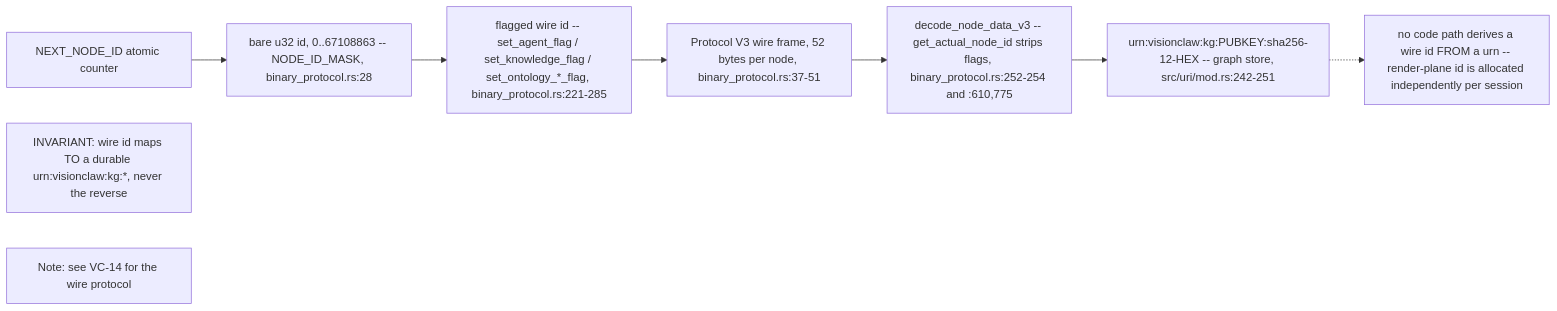
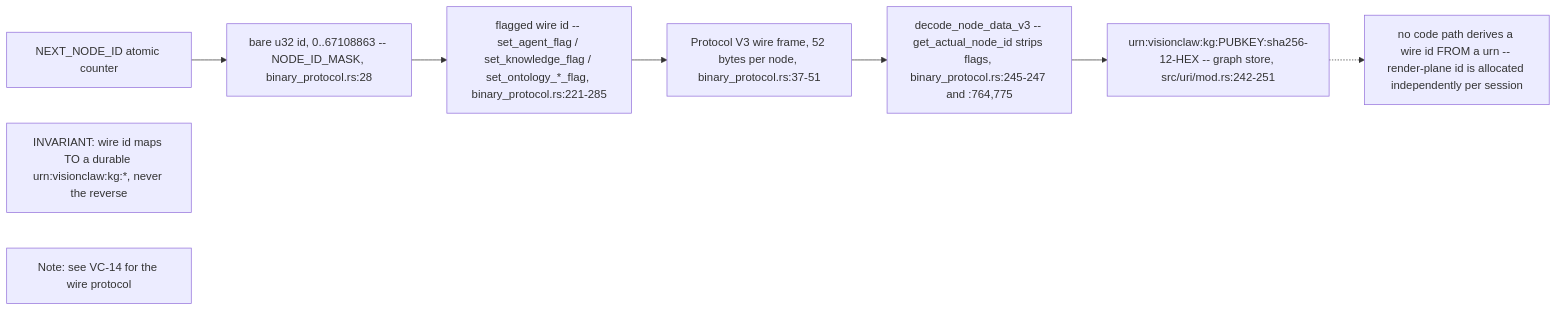
Before and after one commit to DreamLab-AI/VisionFlow: the eighth of 10 diagrams in docs/diagrams/visionclaw/23-identifiers-urn-did-sha12.md, drawn with Mermaid. The commit also changed other lines of this file and 160 other files, not shown here.

````diff
--- a/docs/diagrams/visionclaw/23-identifiers-urn-did-sha12.md
+++ b/docs/diagrams/visionclaw/23-identifiers-urn-did-sha12.md
@@ -307,11 +306,11 @@
 ```mermaid
 flowchart LR
     Counter["NEXT_NODE_ID atomic counter"] --> BareId["bare u32 id, 0..67108863 -- NODE_ID_MASK, binary_protocol.rs:28"]
     BareId --> Flagged["flagged wire id -- set_agent_flag / set_knowledge_flag / set_ontology_*_flag, binary_protocol.rs:221-285"]
     Flagged --> Wire["Protocol V3 wire frame, 52 bytes per node, binary_protocol.rs:37-51"]
-    Wire --> Decode["decode_node_data_v3 -- get_actual_node_id strips flags, binary_protocol.rs:252-254 and :610,775"]
+    Wire --> Decode["decode_node_data_v3 -- get_actual_node_id strips flags, binary_protocol.rs:245-247 and :764,775"]
     Decode --> Durable["urn:visionclaw:kg:PUBKEY:sha256-12-HEX -- graph store, src/uri/mod.rs:242-251"]
     Durable -.-> NoReverse["no code path derives a wire id FROM a urn -- render-plane id is allocated independently per session"]
     Inv["INVARIANT: wire id maps TO a durable urn:visionclaw:kg:*, never the reverse"]
     SeeNote["Note: see VC-14 for the wire protocol"]
 ```
````
